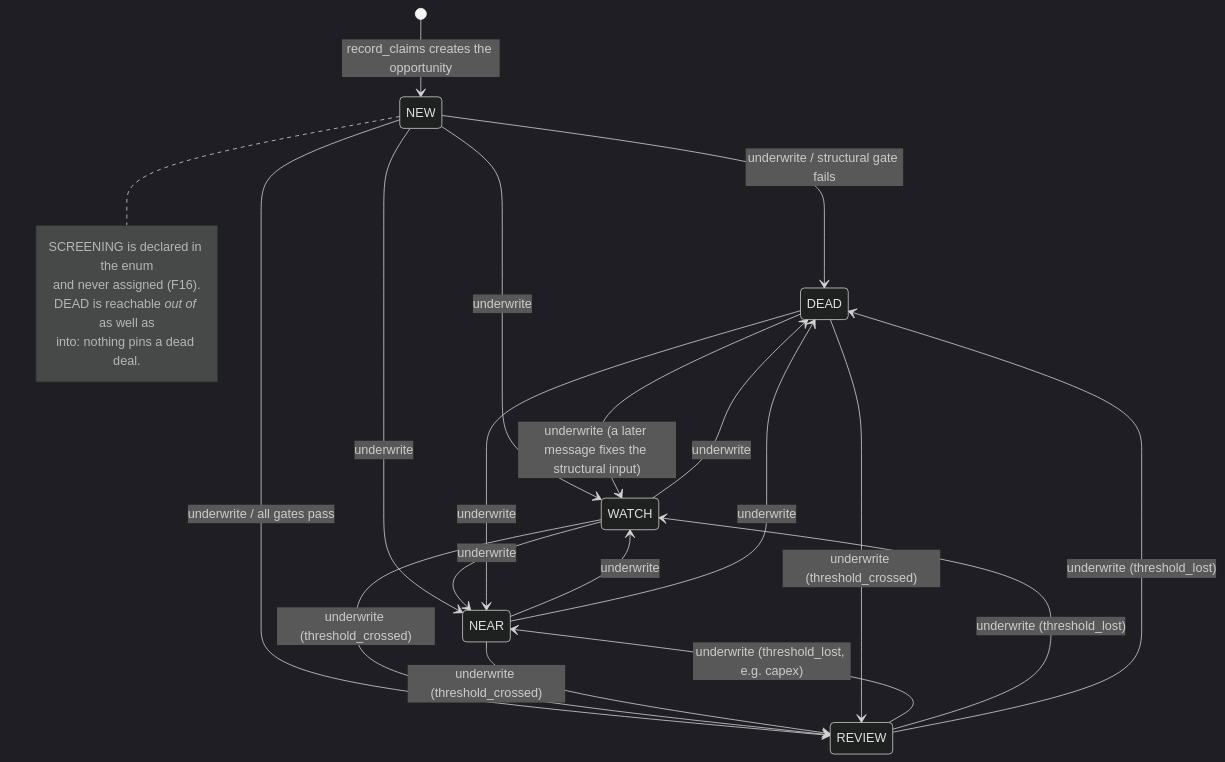
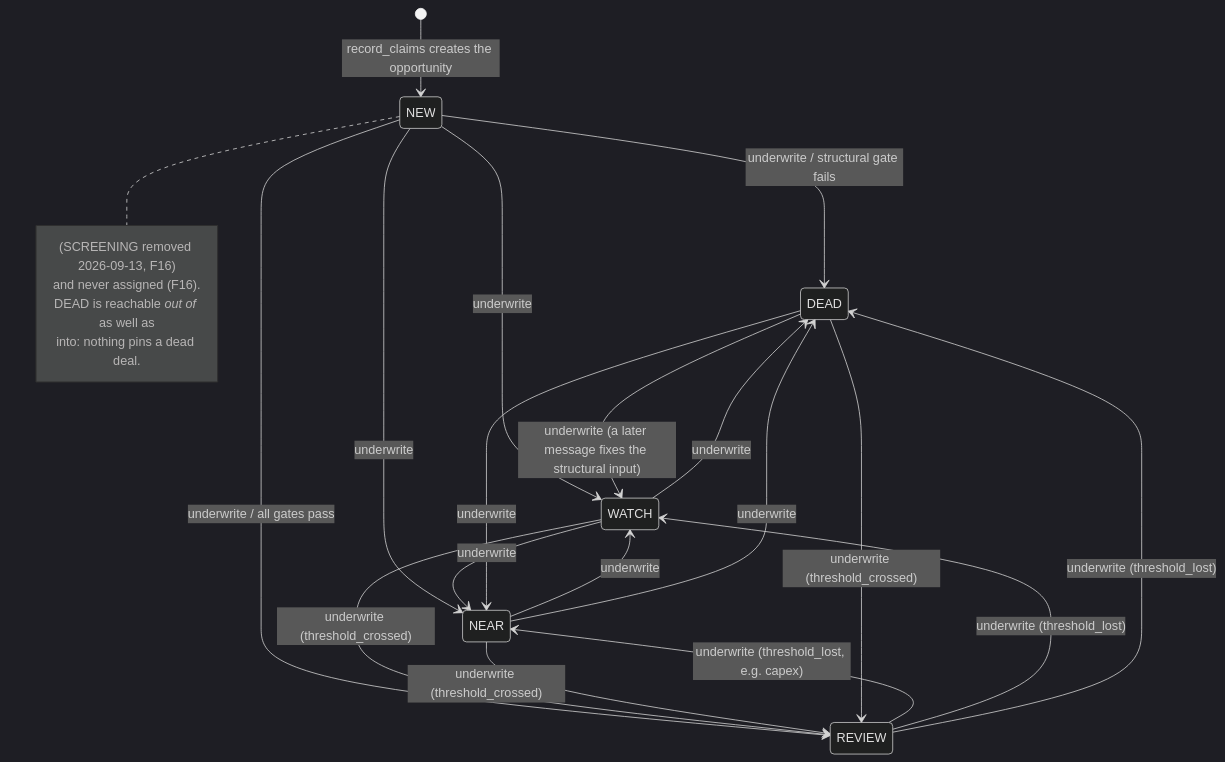
The first of 5 diagrams in docs/STATE_MACHINE.md (mpnikhil/DealSieve), drawn with Mermaid (dark theme) before and after one commit. The commit also changed other lines of this file and 1 other file, not shown here.

````diff
--- a/docs/STATE_MACHINE.md
+++ b/docs/STATE_MACHINE.md
@@ -228,26 +228,26 @@
 ```mermaid
 stateDiagram-v2
     [*] --> NEW: record_claims creates the opportunity
     NEW --> DEAD: underwrite / structural gate fails
     NEW --> WATCH: underwrite
     NEW --> NEAR: underwrite
     NEW --> REVIEW: underwrite / all gates pass
     WATCH --> NEAR: underwrite
     WATCH --> REVIEW: underwrite (threshold_crossed)
     WATCH --> DEAD: underwrite
     NEAR --> WATCH: underwrite
     NEAR --> REVIEW: underwrite (threshold_crossed)
     NEAR --> DEAD: underwrite
     REVIEW --> NEAR: underwrite (threshold_lost, e.g. capex)
     REVIEW --> WATCH: underwrite (threshold_lost)
     REVIEW --> DEAD: underwrite (threshold_lost)
     DEAD --> WATCH: underwrite (a later message fixes the structural input)
     DEAD --> NEAR: underwrite
     DEAD --> REVIEW: underwrite (threshold_crossed)
     note right of NEW
-      SCREENING is declared in the enum
+      (SCREENING removed 2026-09-13, F16)
       and never assigned (F16).
       DEAD is reachable *out of* as well as
       into: nothing pins a dead deal.
     end note
 ```
````
